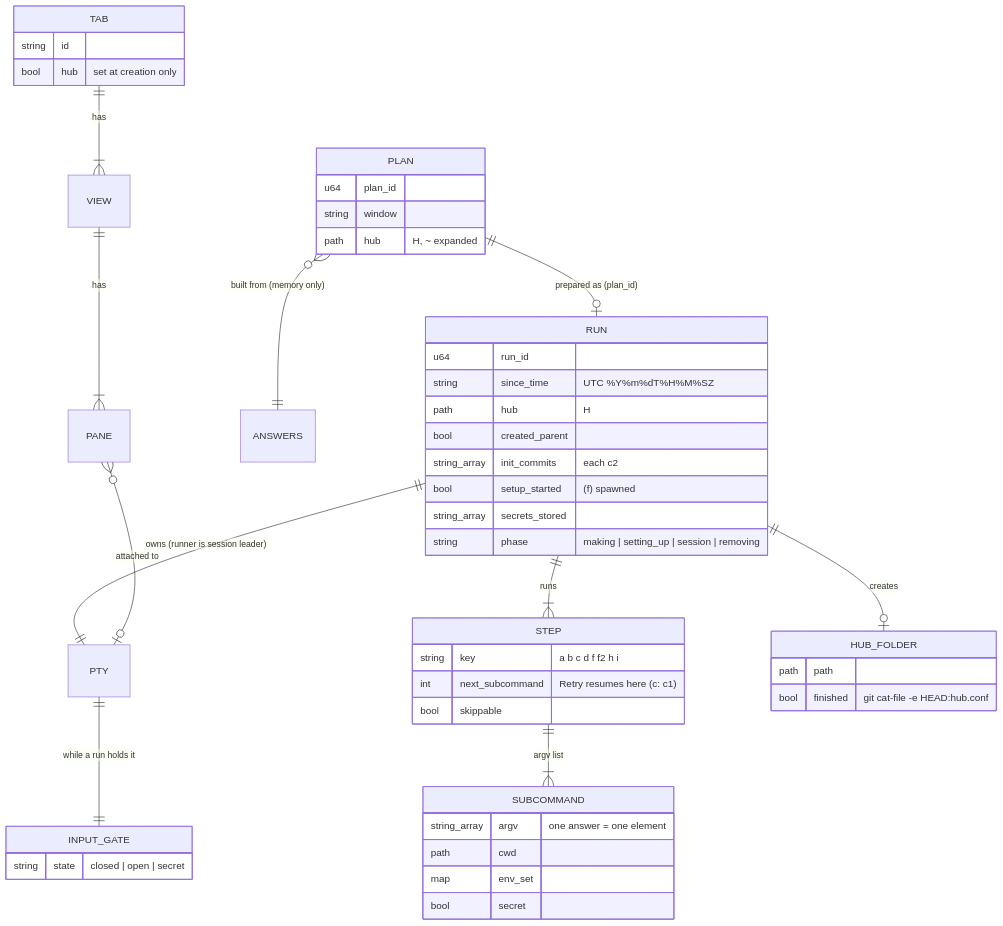
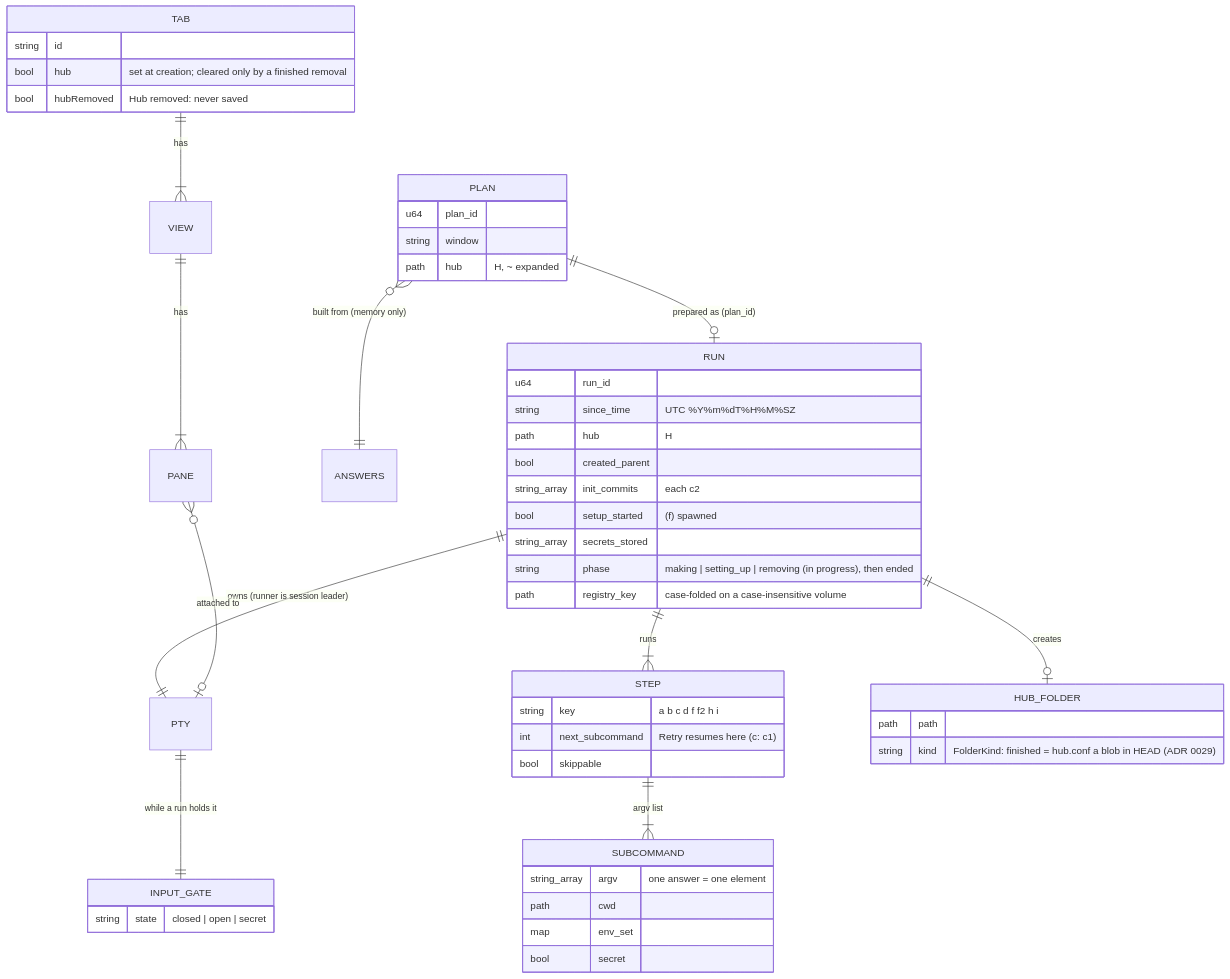
One commit to alvin-reyes/better-agentic-ide changed the fourth of 4 diagrams in docs/superpowers/specs/2026-11-09-onboarding-design.md. Above: the diagram before and after it, drawn with Mermaid. The commit also changed other lines of this file and 7 other files, not shown here.

````diff
--- a/docs/superpowers/specs/2026-11-09-onboarding-design.md
+++ b/docs/superpowers/specs/2026-11-09-onboarding-design.md
@@ -1192,50 +1585,52 @@
 ```mermaid
 erDiagram
   PLAN ||--o| RUN : "prepared as (plan_id)"
   RUN ||--|{ STEP : "runs"
   RUN ||--|| PTY : "owns (runner is session leader)"
   RUN ||--o| HUB_FOLDER : "creates"
   PLAN }o--|| ANSWERS : "built from (memory only)"
   STEP ||--|{ SUBCOMMAND : "argv list"
   TAB ||--|{ VIEW : "has"
   VIEW ||--|{ PANE : "has"
   PANE }o--o| PTY : "attached to"
   PTY ||--|| INPUT_GATE : "while a run holds it"
   TAB {
     string id
-    bool hub "set at creation only"
+    bool hub "set at creation; cleared only by a finished removal"
+    bool hubRemoved "Hub removed: never saved"
   }
   PLAN {
     u64 plan_id
     string window
     path hub "H, ~ expanded"
   }
   RUN {
     u64 run_id
     string since_time "UTC %Y%m%dT%H%M%SZ"
     path hub "H"
     bool created_parent
     string_array init_commits "each c2"
     bool setup_started "(f) spawned"
     string_array secrets_stored
-    string phase "making | setting_up | session | removing"
+    string phase "making | setting_up | removing (in progress), then ended"
+    path registry_key "case-folded on a case-insensitive volume"
   }
   STEP {
     string key "a b c d f f2 h i"
     int next_subcommand "Retry resumes here (c: c1)"
     bool skippable
   }
   SUBCOMMAND {
     string_array argv "one answer = one element"
     path cwd
     map env_set
     bool secret
   }
   INPUT_GATE {
     string state "closed | open | secret"
   }
   HUB_FOLDER {
     path path
-    bool finished "git cat-file -e HEAD:hub.conf"
+    string kind "FolderKind: finished = hub.conf a blob in HEAD (ADR 0029)"
   }
 ```
````
